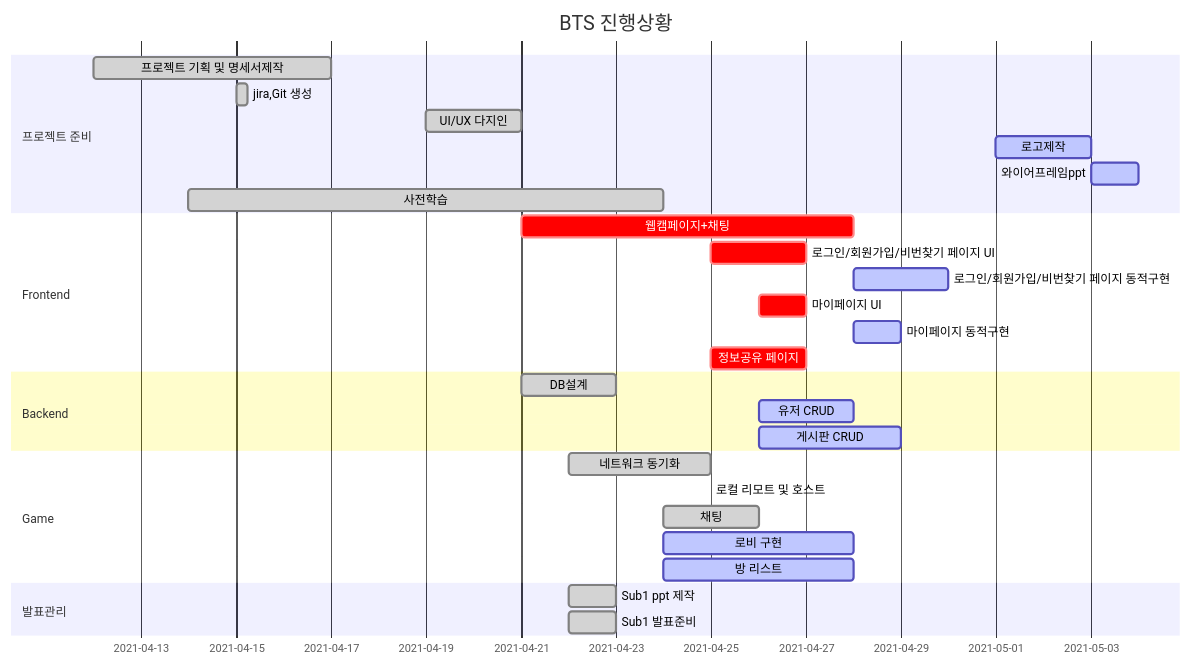
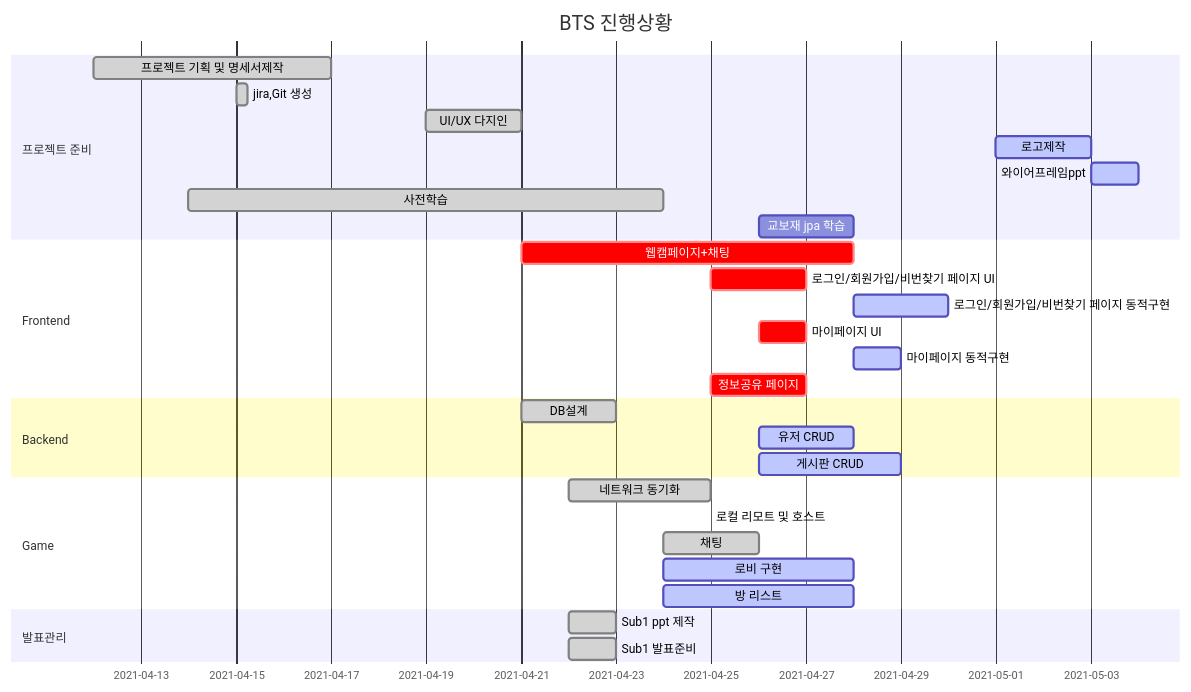
Before and after one commit to Luminousjiny/PJT_BTS: the diagram in README.md, drawn with Mermaid.

Commit message:
리드미 수정

````diff
--- a/README.md
+++ b/README.md
@@ -48,36 +48,37 @@
 ```mermaid
 gantt
     title BTS 진행상황
     dateFormat  YYYY-MM-DD
     section 프로젝트 준비
     프로젝트 기획 및 명세서제작 : done, 2021-04-12, 5d
     jira,Git 생성  :done, 2021-04-15, 6h
     UI/UX 다지인  : done,   2021-04-19, 2d
     로고제작 : active, 2021-05-01, 2d
     와이어프레임ppt : active, 2021-05-03, 1d
     사전학습  : done, 2021-04-14, 10d
+    교보재 jpa 학습 : 2021-04-26, 2d
 
     section Frontend
     웹캠페이지+채팅 : crit, 2021-04-21, 7d
     로그인/회원가입/비번찾기 페이지 UI : crit, 2021-04-25, 2d
     로그인/회원가입/비번찾기 페이지 동적구현 : active, 2021-04-28, 2d
     마이페이지 UI : crit, 2021-04-26, 1d
     마이페이지 동적구현 : active, 2021-04-28, 1d
     정보공유 페이지 : crit, 2021-04-25, 2d
     
     section Backend
     DB설계 : done, 2021-04-21, 2d
     유저 CRUD : active, 2021-04-26, 2d
     게시판 CRUD : active, 2021-04-26, 3d
     
     section Game
 	네트워크 동기화 : done, 2021-04-22, 3d
 	로컬 리모트 및 호스트 : done, 2021-04-23 1d
 	채팅 : done, 2021-04-24, 2d
 	로비 구현 : active, 2021-04-24, 4d
     방 리스트 : active, 2021-04-24, 4d
     
     section 발표관리
     Sub1 ppt 제작 : done, 2021-04-22, 1d
     Sub1 발표준비 : done, 2021-04-22, 1d
 ```
````
